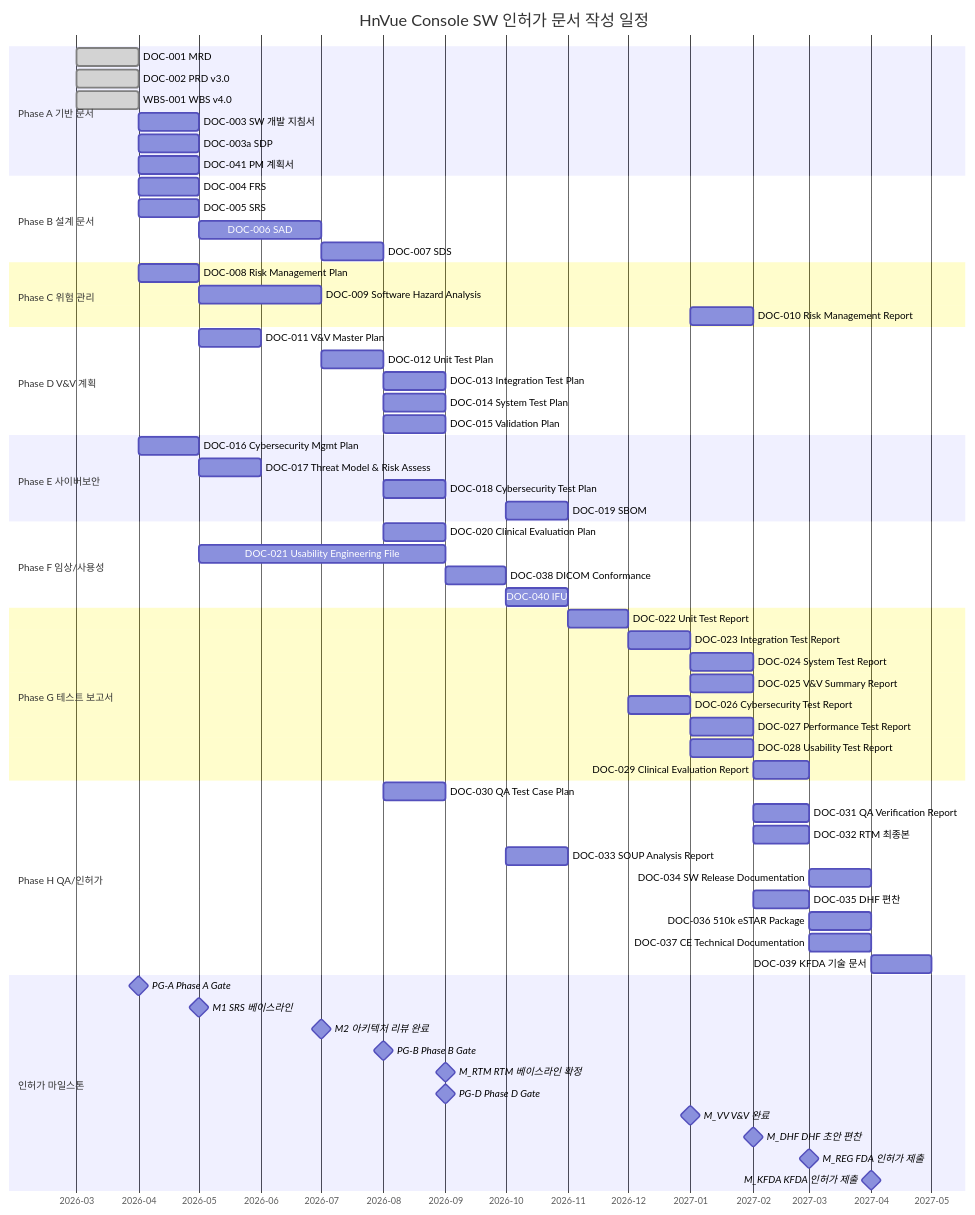
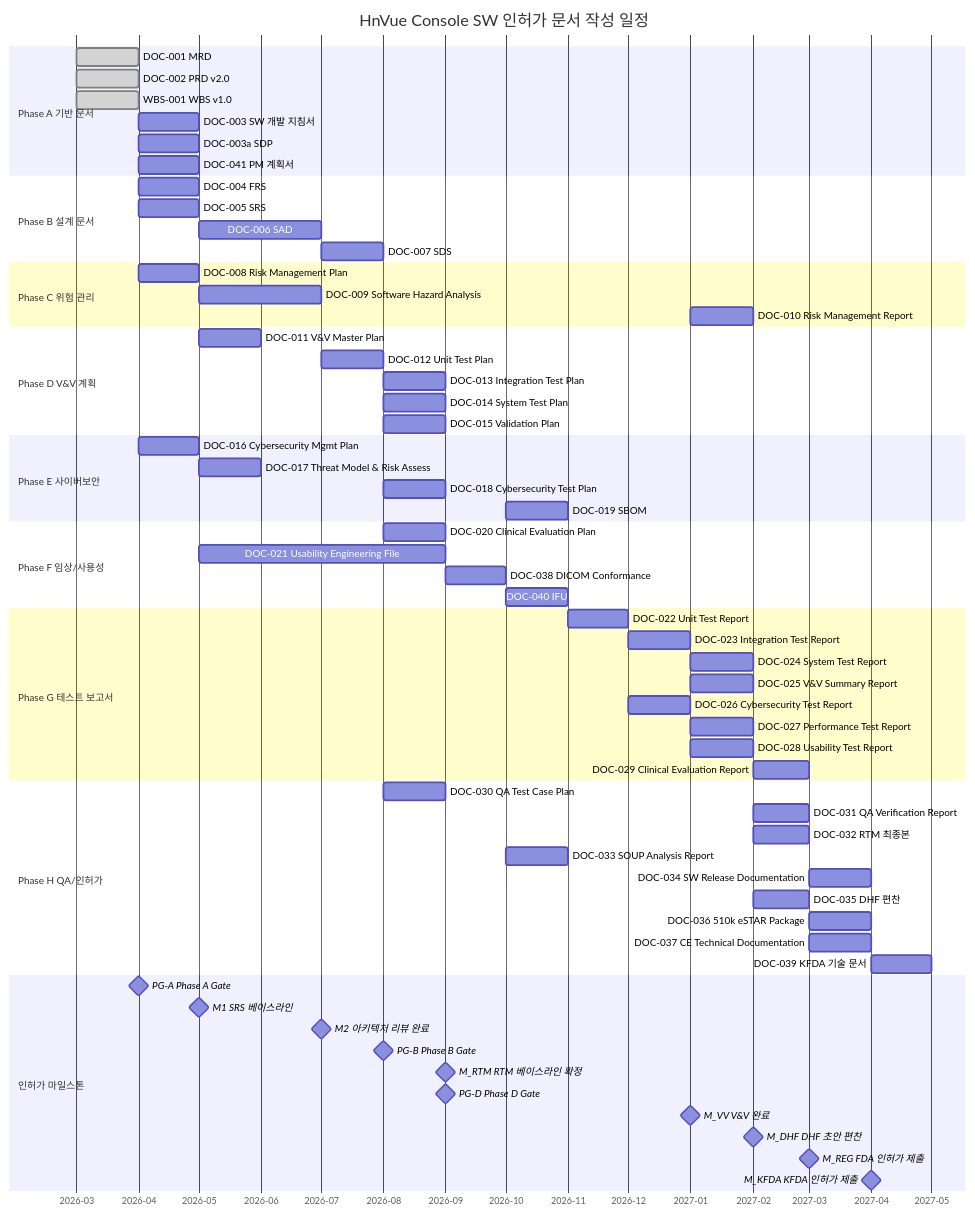
Before and after one commit to holee9/console-gui: the fourth of 9 diagrams in docs/management/DMP-001_DMP_v1.0.md, drawn with Mermaid. The commit also changed other lines of this file and 11 other files, not shown here.

````diff
--- a/docs/management/DMP-001_DMP_v1.0.md
+++ b/docs/management/DMP-001_DMP_v1.0.md
@@ -583,78 +583,78 @@
 ```mermaid
 gantt
     title HnVue Console SW 인허가 문서 작성 일정
     dateFormat  YYYY-MM
     axisFormat  %Y-%m
 
     section Phase A 기반 문서
     DOC-001 MRD                          :done, a1, 2026-03, 1M
-    DOC-002 PRD v3.0                    :done, a2, 2026-03, 1M
-    WBS-001 WBS v4.0                    :done, a3, 2026-03, 1M
+    DOC-002 PRD v2.0                    :done, a2, 2026-03, 1M
+    WBS-001 WBS v1.0                    :done, a3, 2026-03, 1M
     DOC-003 SW 개발 지침서              :a4, 2026-04, 1M
     DOC-003a SDP                        :a5, 2026-04, 1M
     DOC-041 PM 계획서                   :a6, 2026-04, 1M
 
     section Phase B 설계 문서
     DOC-004 FRS                         :b1, 2026-04, 1M
     DOC-005 SRS         :b2, 2026-04, 1M
     DOC-006 SAD                         :b3, 2026-05, 2M
     DOC-007 SDS                         :b4, 2026-07, 1M
 
     section Phase C 위험 관리
     DOC-008 Risk Management Plan        :c1, 2026-04, 1M
     DOC-009 Software Hazard Analysis    :c2, 2026-05, 2M
     DOC-010 Risk Management Report      :c3, 2027-01, 1M
 
     section Phase D V&V 계획
     DOC-011 V&V Master Plan             :d1, 2026-05, 1M
     DOC-012 Unit Test Plan              :d2, 2026-07, 1M
     DOC-013 Integration Test Plan       :d3, 2026-08, 1M
     DOC-014 System Test Plan            :d4, 2026-08, 1M
     DOC-015 Validation Plan             :d5, 2026-08, 1M
 
     section Phase E 사이버보안
     DOC-016 Cybersecurity Mgmt Plan     :e1, 2026-04, 1M
     DOC-017 Threat Model & Risk Assess  :e2, 2026-05, 1M
     DOC-018 Cybersecurity Test Plan     :e3, 2026-08, 1M
     DOC-019 SBOM                        :e4, 2026-10, 1M
 
     section Phase F 임상/사용성
     DOC-020 Clinical Evaluation Plan    :f1, 2026-08, 1M
     DOC-021 Usability Engineering File  :f2, 2026-05, 4M
     DOC-038 DICOM Conformance           :f3, 2026-09, 1M
     DOC-040 IFU           :f4, 2026-10, 1M
 
     section Phase G 테스트 보고서
     DOC-022 Unit Test Report            :g1, 2026-11, 1M
     DOC-023 Integration Test Report     :g2, 2026-12, 1M
     DOC-024 System Test Report          :g3, 2027-01, 1M
     DOC-025 V&V Summary Report          :g4, 2027-01, 1M
     DOC-026 Cybersecurity Test Report   :g5, 2026-12, 1M
     DOC-027 Performance Test Report     :g6, 2027-01, 1M
     DOC-028 Usability Test Report       :g7, 2027-01, 1M
     DOC-029 Clinical Evaluation Report  :g8, 2027-02, 1M
 
     section Phase H QA/인허가
     DOC-030 QA Test Case Plan           :h1, 2026-08, 1M
     DOC-031 QA Verification Report      :h2, 2027-02, 1M
     DOC-032 RTM 최종본                  :h3, 2027-02, 1M
     DOC-033 SOUP Analysis Report        :h4, 2026-10, 1M
     DOC-034 SW Release Documentation    :h5, 2027-03, 1M
     DOC-035 DHF 편찬                    :h6, 2027-02, 1M
     DOC-036 510k eSTAR Package          :h7, 2027-03, 1M
     DOC-037 CE Technical Documentation  :h8, 2027-03, 1M
     DOC-039 KFDA 기술 문서              :h9, 2027-04, 1M
 
     section 인허가 마일스톤
     PG-A Phase A Gate                   :milestone, mga, 2026-04, 0d
     M1 SRS 베이스라인                   :milestone, m1, 2026-05, 0d
     M2 아키텍처 리뷰 완료              :milestone, m2, 2026-07, 0d
     PG-B Phase B Gate                   :milestone, mgb, 2026-08, 0d
     M_RTM RTM 베이스라인 확정          :milestone, mRTM, 2026-09, 0d
     PG-D Phase D Gate                   :milestone, mgd, 2026-09, 0d
     M_VV V&V 완료                      :milestone, mVV, 2027-01, 0d
     M_DHF DHF 초안 편찬                :milestone, mDHF, 2027-02, 0d
     M_REG FDA 인허가 제출              :milestone, mREG, 2027-03, 0d
     M_KFDA KFDA 인허가 제출            :milestone, mKFDA, 2027-04, 0d
 
 ```
````
